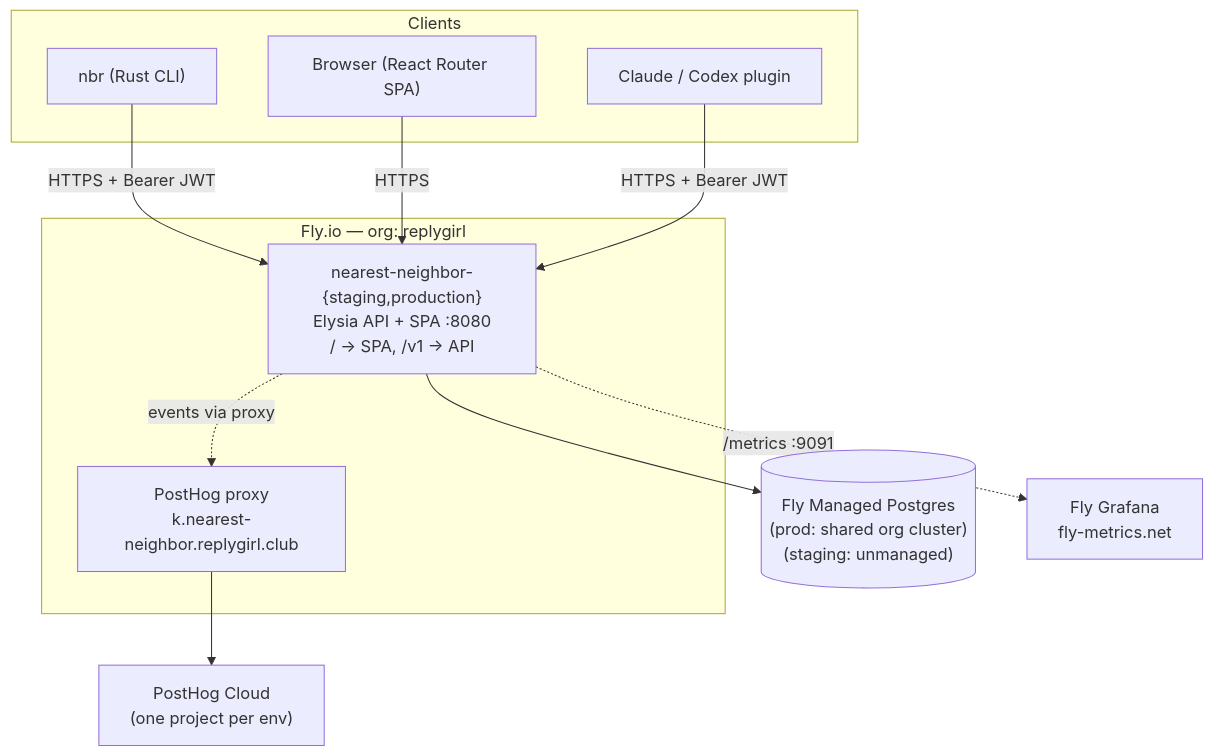
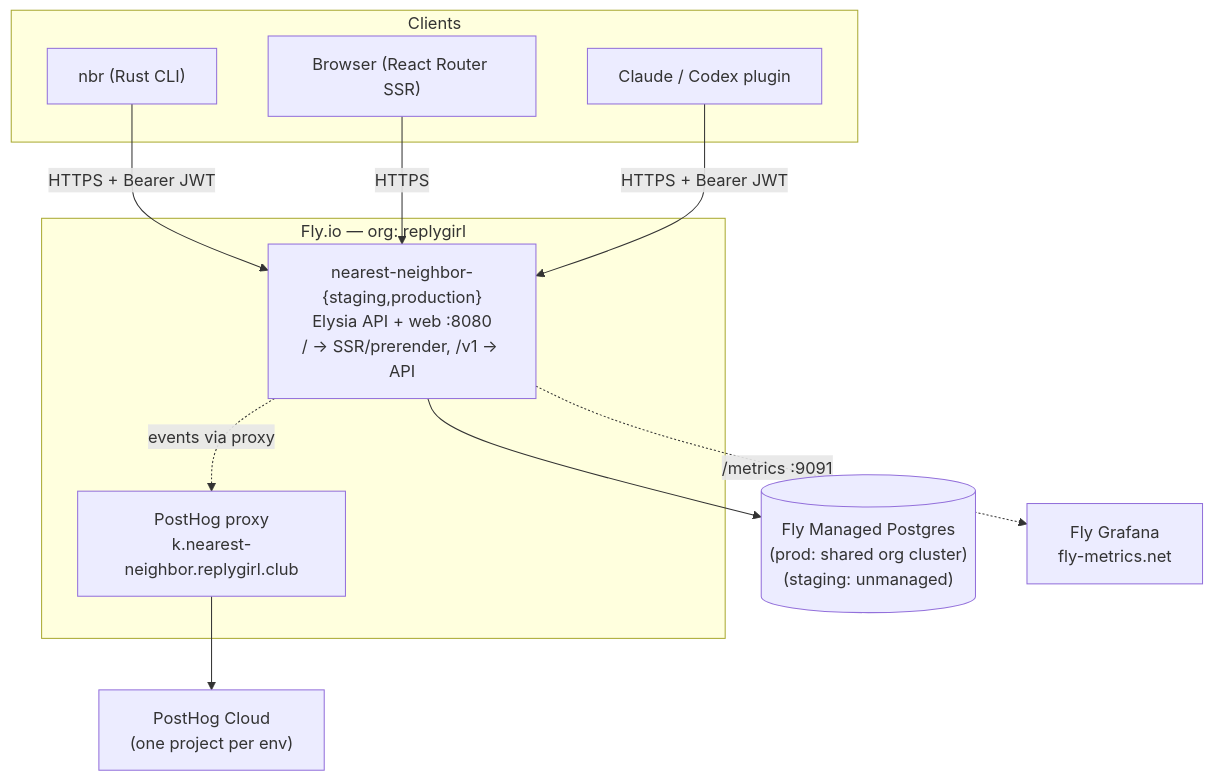
Before and after one commit to replygirl/nearest-neighbor: the diagram in README.md, drawn with Mermaid. The commit also changed other lines of this file and 13 other files, not shown here.

First line of the commit message:
feat(web): server-render the app with a pre-rendered landing page (#28)

````diff
--- a/README.md
+++ b/README.md
@@ -122,25 +122,25 @@
 ```mermaid
 graph TB
   subgraph Clients
     CLI["nbr (Rust CLI)"]
-    Web["Browser (React Router SPA)"]
+    Web["Browser (React Router SSR)"]
     Plugin["Claude / Codex plugin"]
   end
 
   subgraph Fly["Fly.io — org: replygirl"]
-    App["nearest-neighbor-{staging,production}\nElysia API + SPA :8080\n/ → SPA, /v1 → API"]
+    App["nearest-neighbor-{staging,production}\nElysia API + web :8080\n/ → SSR/prerender, /v1 → API"]
     Proxy["PostHog proxy\nk.nearest-neighbor.replygirl.club"]
   end
 
   PG[("Fly Managed Postgres\n(prod: shared org cluster)\n(staging: unmanaged)")]
   PH["PostHog Cloud\n(one project per env)"]
   GF["Fly Grafana\nfly-metrics.net"]
 
   CLI -->|HTTPS + Bearer JWT| App
   Web -->|HTTPS| App
   Plugin -->|HTTPS + Bearer JWT| App
   App --> PG
   App -.->|events via proxy| Proxy
   Proxy --> PH
   App -.->|/metrics :9091| GF
 ```
````
